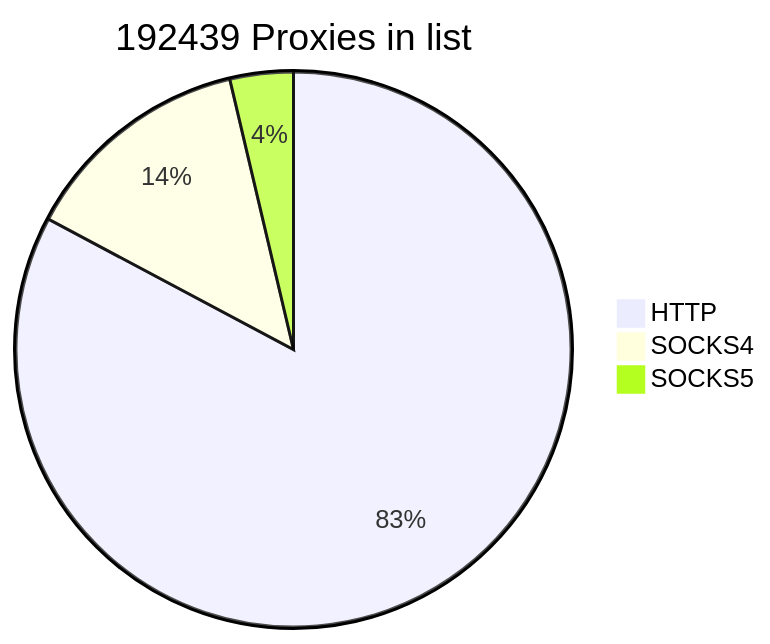
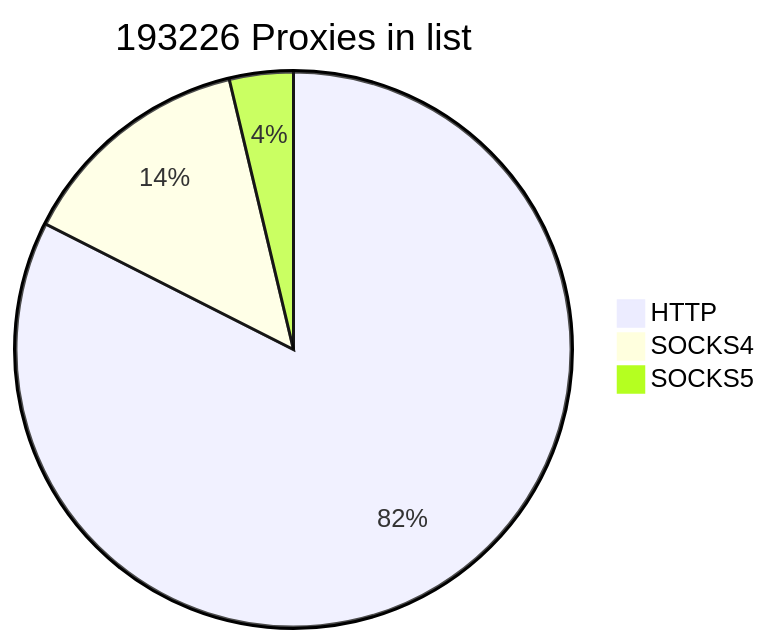
The first of 2 diagrams in README.md (cutipu/proxylist), drawn with Mermaid before and after one commit. The commit also changed other lines of this file, not shown here.

````diff
--- a/README.md
+++ b/README.md
@@ -2,7 +2,7 @@
 ```mermaid
-pie title 192439 Proxies in list
-    "HTTP" : 159302
-    "SOCKS4" : 26046
-    "SOCKS5" : 7091
+pie title 193226 Proxies in list
+    "HTTP" : 159333
+    "SOCKS4" : 26715
+    "SOCKS5" : 7178
             
 ```
````
